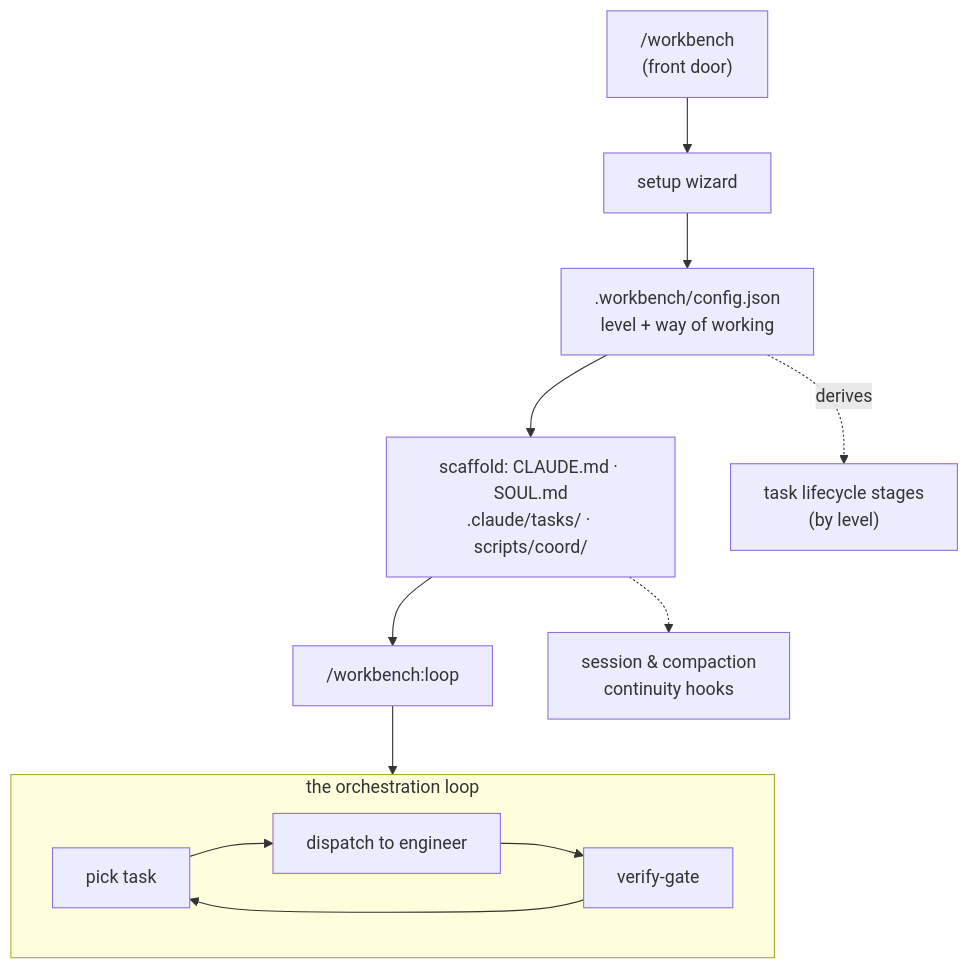
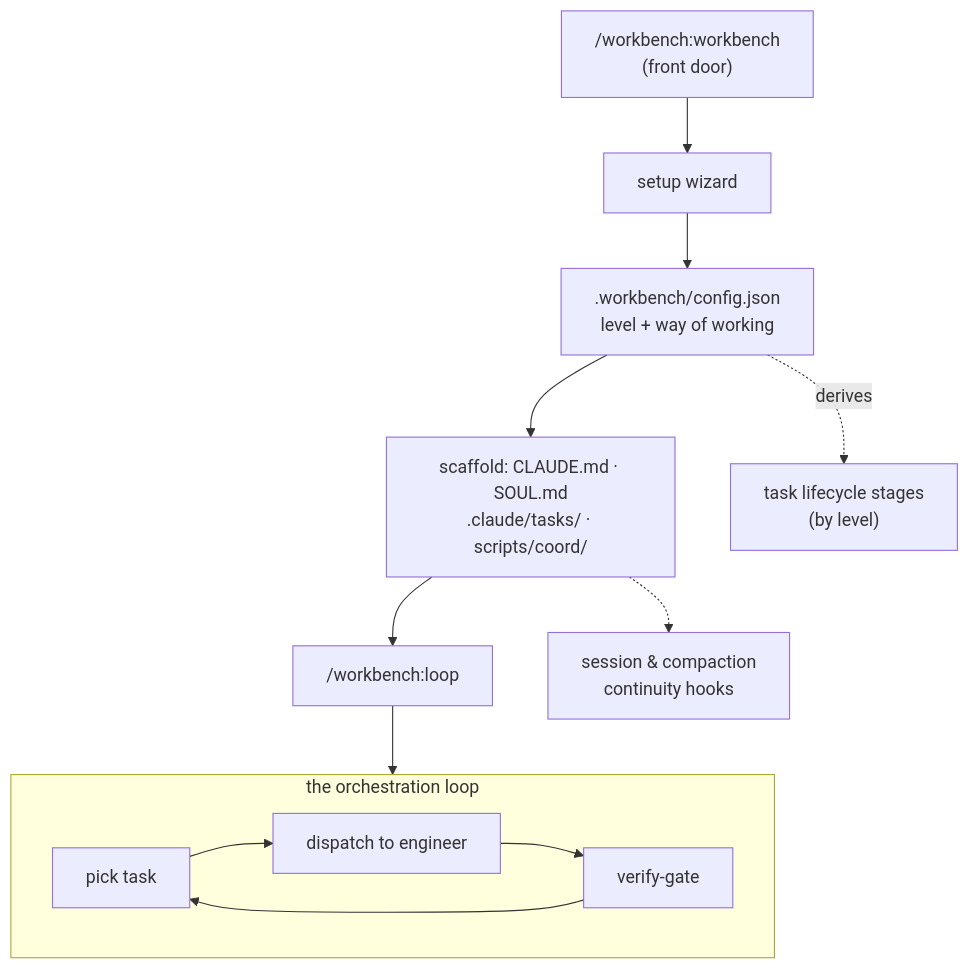
Before and after one commit to guuslangelaar0/workbench: the second of 2 diagrams in README.md, drawn with Mermaid. The commit also changed other lines of this file and 7 other files, not shown here.

First line of the commit message:
docs: front door is /workbench:workbench, not bare /workbench

````diff
--- a/README.md
+++ b/README.md
@@ -130,16 +130,16 @@
 ```mermaid
 flowchart TD
-    FD["/workbench<br/>(front door)"] --> SETUP[setup wizard]
+    FD["/workbench:workbench<br/>(front door)"] --> SETUP[setup wizard]
     SETUP --> CFG[".workbench/config.json<br/>level + way of working"]
     CFG --> SCAFFOLD["scaffold: CLAUDE.md · SOUL.md<br/>.claude/tasks/ · scripts/coord/"]
     SCAFFOLD --> LOOP["/workbench:loop"]
 
     subgraph LOOP_CYCLE["the orchestration loop"]
       direction LR
       PICK[pick task] --> DISPATCH[dispatch to engineer] --> GATE[verify-gate] --> PICK
     end
     LOOP --> LOOP_CYCLE
 
     CFG -.derives.-> LIFECYCLE["task lifecycle stages<br/>(by level)"]
     SCAFFOLD -.-> CONTINUITY["session & compaction<br/>continuity hooks"]
 ```
````
